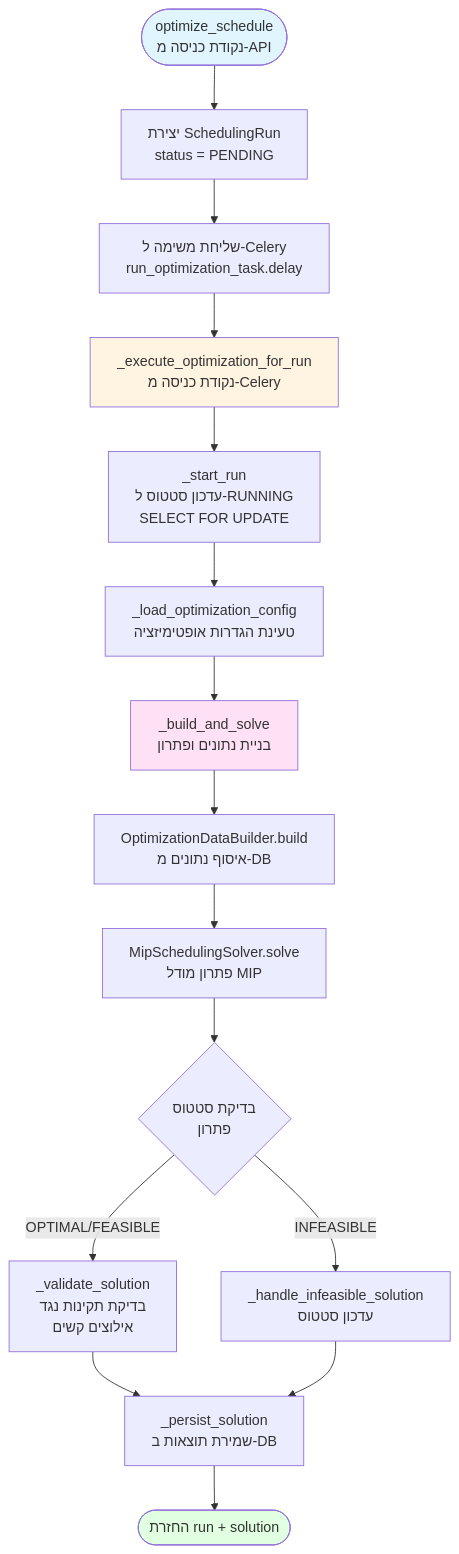
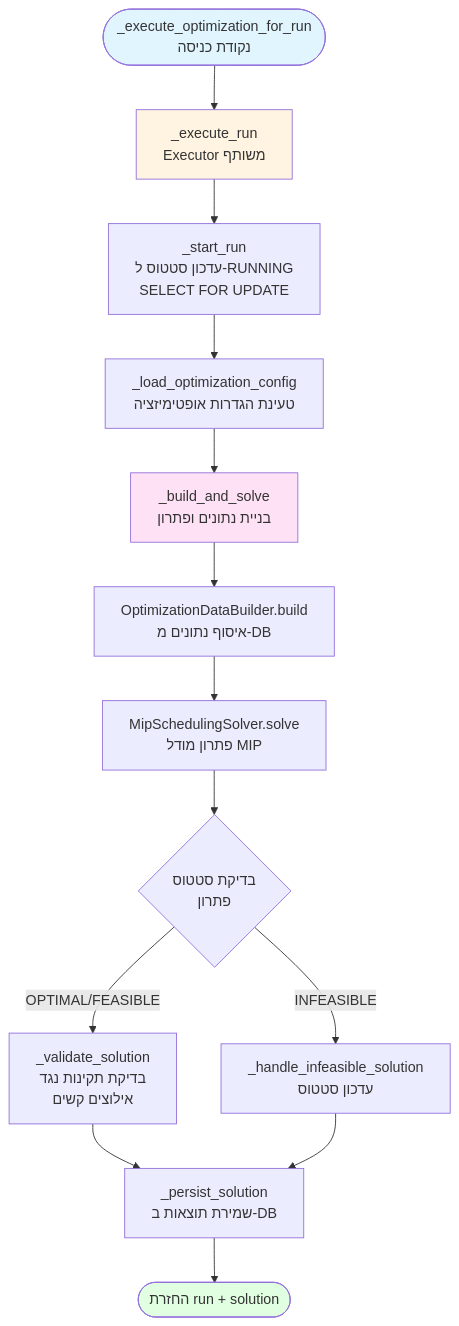
One commit to AlonLivne007/smart-scheduling changed the fifth of 6 diagrams in PRESENTATION.md. Above: the diagram before and after it, drawn with Mermaid. The commit also changed other lines of this file, not shown here.

````diff
--- a/PRESENTATION.md
+++ b/PRESENTATION.md
@@ -495,26 +491,24 @@
 ```mermaid
 flowchart TD
-    Start([optimize_schedule<br/>נקודת כניסה מ-API]) --> CreateRun[יצירת SchedulingRun<br/>status = PENDING]
-    CreateRun --> CeleryTask[שליחת משימה ל-Celery<br/>run_optimization_task.delay]
-    CeleryTask --> ExecuteRun[_execute_optimization_for_run<br/>נקודת כניסה מ-Celery]
+    Start([_execute_optimization_for_run<br/>נקודת כניסה]) --> ExecuteRun[_execute_run<br/>Executor משותף]
 
     ExecuteRun --> StartRun[_start_run<br/>עדכון סטטוס ל-RUNNING<br/>SELECT FOR UPDATE]
     StartRun --> LoadConfig[_load_optimization_config<br/>טעינת הגדרות אופטימיזציה]
     LoadConfig --> BuildSolve[_build_and_solve<br/>בניית נתונים ופתרון]
 
     BuildSolve --> DataBuilder[OptimizationDataBuilder.build<br/>איסוף נתונים מ-DB]
     DataBuilder --> Solver[MipSchedulingSolver.solve<br/>פתרון מודל MIP]
     Solver --> CheckStatus{בדיקת סטטוס<br/>פתרון}
 
     CheckStatus -->|INFEASIBLE| HandleInfeasible[_handle_infeasible_solution<br/>עדכון סטטוס]
     CheckStatus -->|OPTIMAL/FEASIBLE| Validate[_validate_solution<br/>בדיקת תקינות נגד<br/>אילוצים קשים]
 
     Validate --> Persist[_persist_solution<br/>שמירת תוצאות ב-DB]
     HandleInfeasible --> Persist
     Persist --> End([החזרת run + solution])
 
     style Start fill:#e1f5ff
     style ExecuteRun fill:#fff4e1
     style BuildSolve fill:#ffe1f5
     style End fill:#e1ffe1
 ```
````
